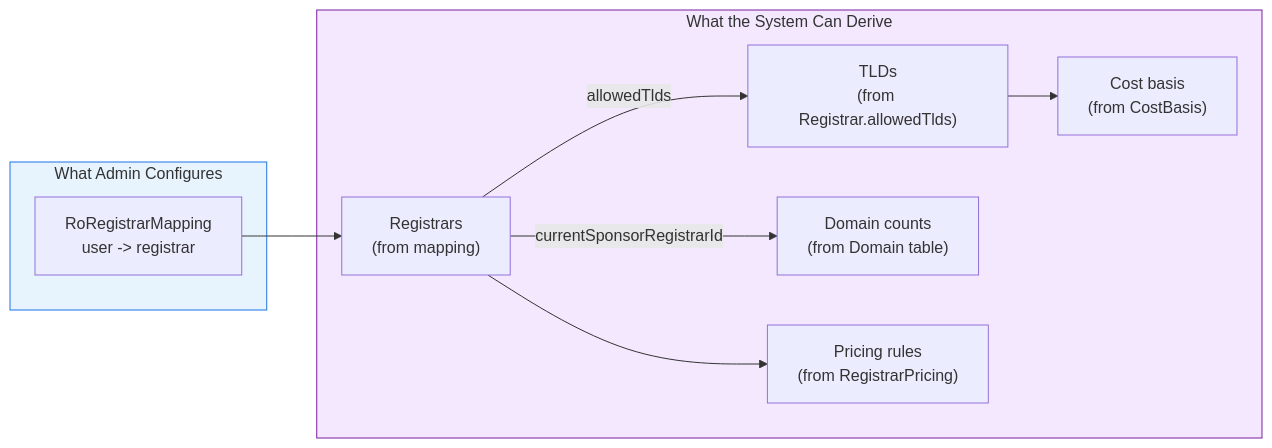
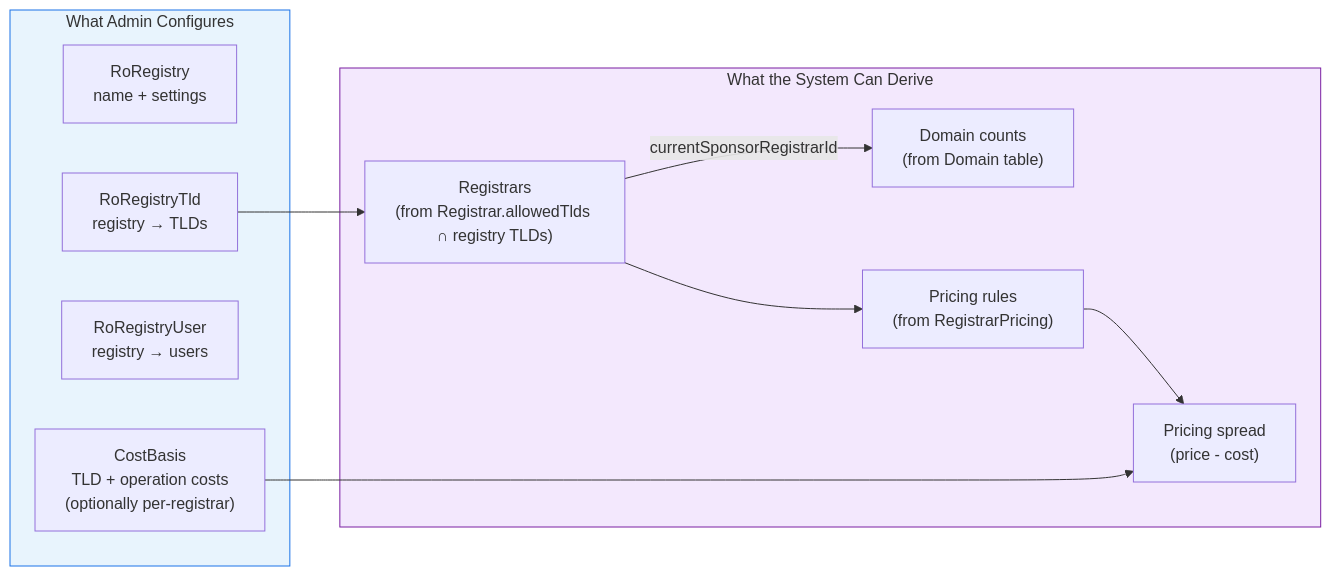
One commit to unstoppabledomains/nomulus changed the fourth of 6 diagrams in docs/registry-dash-data-model.md. Above: the diagram before and after it, drawn with Mermaid. The commit also changed other lines of this file and 1 other file, not shown here.

````diff
--- a/docs/registry-dash-data-model.md
+++ b/docs/registry-dash-data-model.md
@@ -226,23 +276,25 @@
 ```mermaid
 flowchart LR
     subgraph input ["What Admin Configures"]
-        MAP["RoRegistrarMapping<br/>user -> registrar"]
+        REG["RoRegistry<br/>name + settings"]
+        TLD_MAP["RoRegistryTld<br/>registry → TLDs"]
+        USR_MAP["RoRegistryUser<br/>registry → users"]
+        COST["CostBasis<br/>TLD + operation costs<br/>(optionally per-registrar)"]
     end
 
     subgraph derived ["What the System Can Derive"]
-        REG["Registrars<br/>(from mapping)"]
-        TLDS["TLDs<br/>(from Registrar.allowedTlds)"]
+        REGS["Registrars<br/>(from Registrar.allowedTlds ∩ registry TLDs)"]
         DOMS["Domain counts<br/>(from Domain table)"]
         PRICE["Pricing rules<br/>(from RegistrarPricing)"]
-        COST["Cost basis<br/>(from CostBasis)"]
+        MARGIN["Pricing spread<br/>(price - cost)"]
     end
 
-    MAP --> REG
-    REG -->|"allowedTlds"| TLDS
-    REG -->|"currentSponsorRegistrarId"| DOMS
-    REG --> PRICE
-    TLDS --> COST
+    TLD_MAP --> REGS
+    REGS -->|"currentSponsorRegistrarId"| DOMS
+    REGS --> PRICE
+    PRICE --> MARGIN
+    COST --> MARGIN
 
     style input fill:#e8f4fd,stroke:#1a73e8
     style derived fill:#f3e8fd,stroke:#7b1fa2
 ```
````
